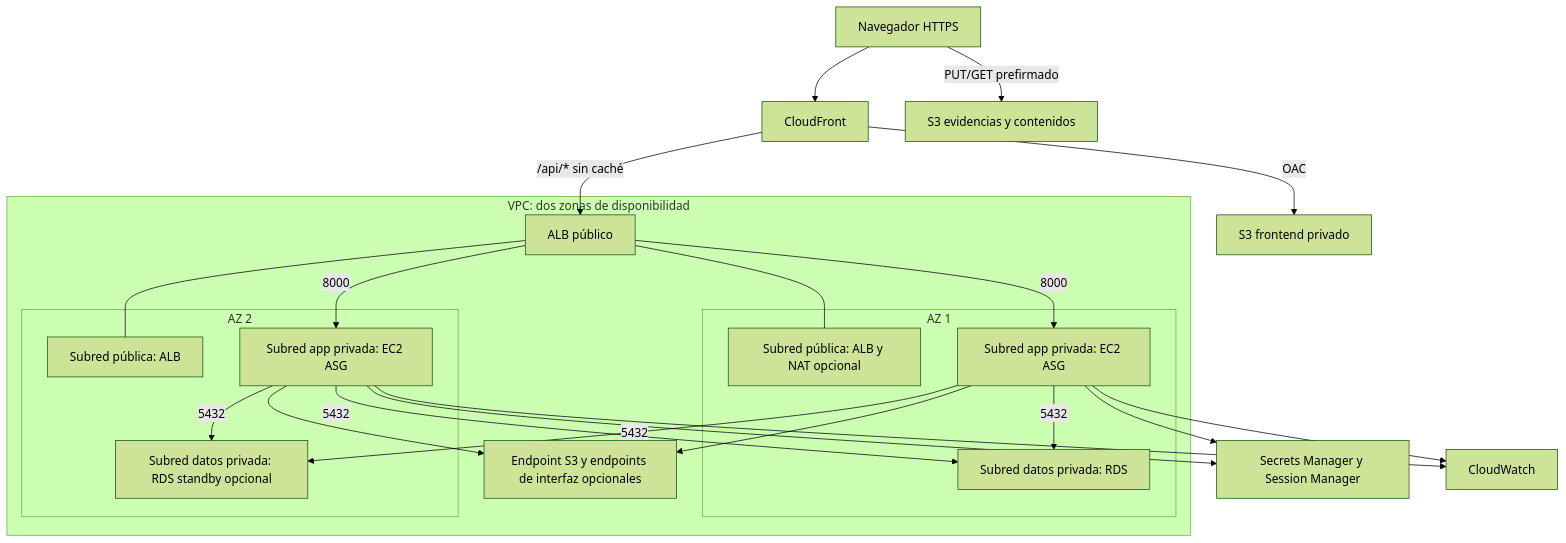
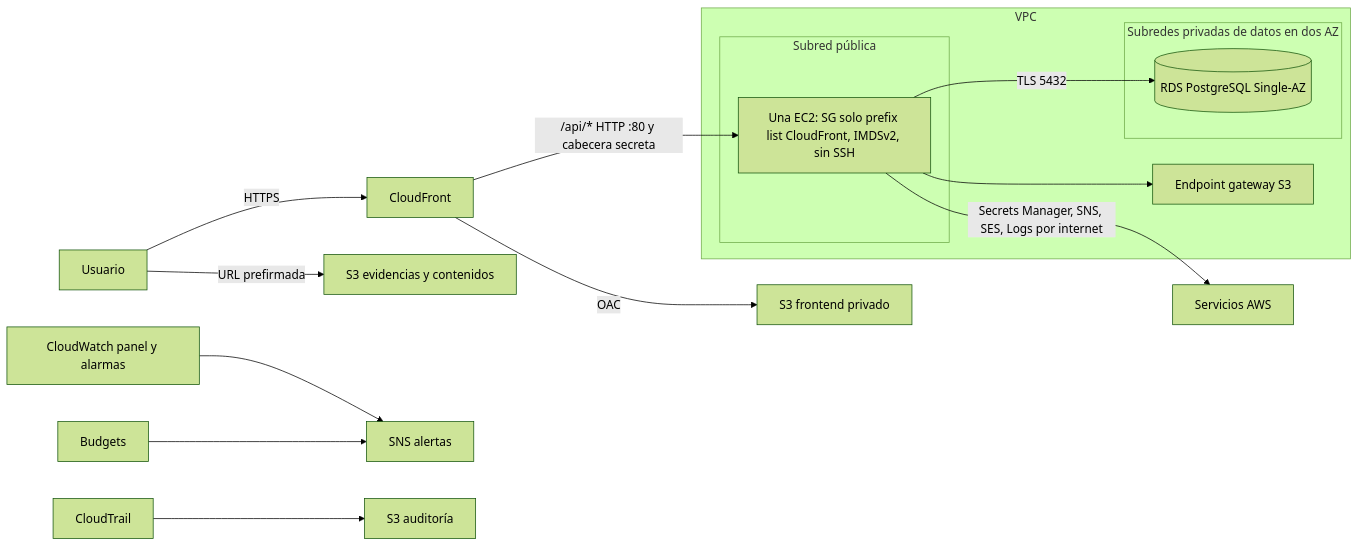
The diagram in docs/aws/arquitectura.mmd (MasterPieceDR/ECORAE-CLOUD), drawn with Mermaid (forest theme) before and after one commit. The commit also changed 19 other files, not shown here.

Commit message:
Arquitectura AWS en plan gratuito: EC2 unica tras CloudFront, sin NAT ni ALB, observabilidad con panel y alarmas

```diff
--- a/docs/aws/arquitectura.mmd
+++ b/docs/aws/arquitectura.mmd
@@ -1,24 +1,20 @@
-flowchart TB
-  U[Navegador HTTPS] --> CF[CloudFront]
+flowchart LR
+  U[Usuario] -->|HTTPS| CF[CloudFront]
   CF -->|OAC| WEB[S3 frontend privado]
-  CF -->|/api/* sin caché| ALB
-  U -->|PUT/GET prefirmado| S3[S3 evidencias y contenidos]
-  subgraph VPC[VPC: dos zonas de disponibilidad]
-    subgraph AZ1[AZ 1]
-      P1[Subred pública: ALB y NAT opcional]
-      A1[Subred app privada: EC2 ASG]
-      D1[Subred datos privada: RDS]
+  CF -->|/api/* HTTP :80 y cabecera secreta| EC2
+  subgraph VPC
+    subgraph Publica[Subred pública]
+      EC2[Una EC2: SG solo prefix list CloudFront, IMDSv2, sin SSH]
     end
-    subgraph AZ2[AZ 2]
-      P2[Subred pública: ALB]
-      A2[Subred app privada: EC2 ASG]
-      D2[Subred datos privada: RDS standby opcional]
+    subgraph Datos[Subredes privadas de datos en dos AZ]
+      DB[(RDS PostgreSQL Single-AZ)]
     end
-    ALB[ALB público] --- P1 & P2
-    ALB -->|8000| A1 & A2
-    A1 & A2 -->|5432| D1 & D2
-    EP[Endpoint S3 y endpoints de interfaz opcionales]
-    A1 & A2 --> EP
+    EC2 -->|TLS 5432| DB
+    S3EP[Endpoint gateway S3]
   end
-  A1 & A2 --> SM[Secrets Manager y Session Manager]
-  A1 & A2 --> CW[CloudWatch]
+  U -->|URL prefirmada| S3[S3 evidencias y contenidos]
+  EC2 -->|Secrets Manager, SNS, SES, Logs por internet| AWS[Servicios AWS]
+  EC2 --> S3EP
+  CW[CloudWatch panel y alarmas] --> SNS[SNS alertas]
+  CT[CloudTrail] --> AUD[S3 auditoría]
+  B[Budgets] --> SNS
```
